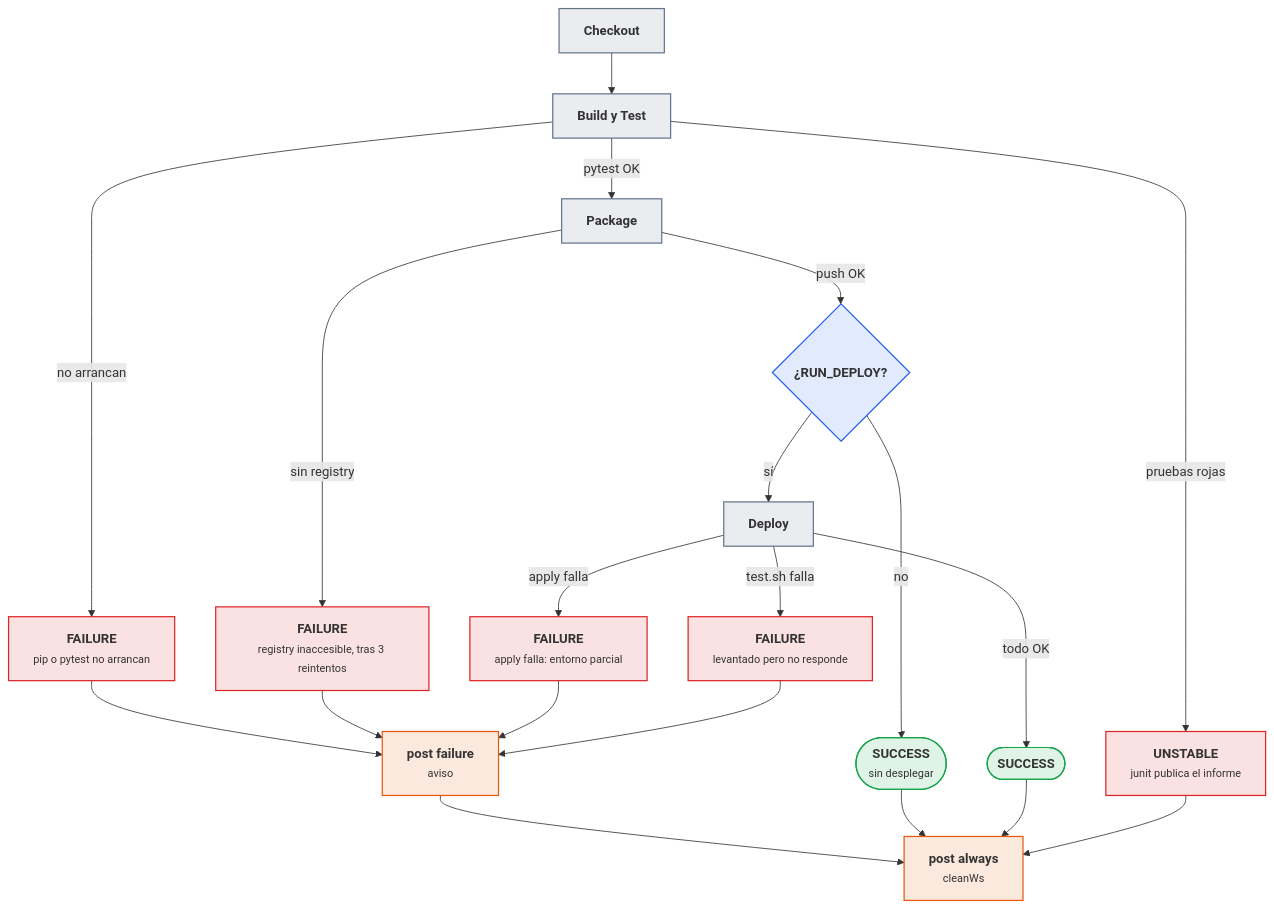
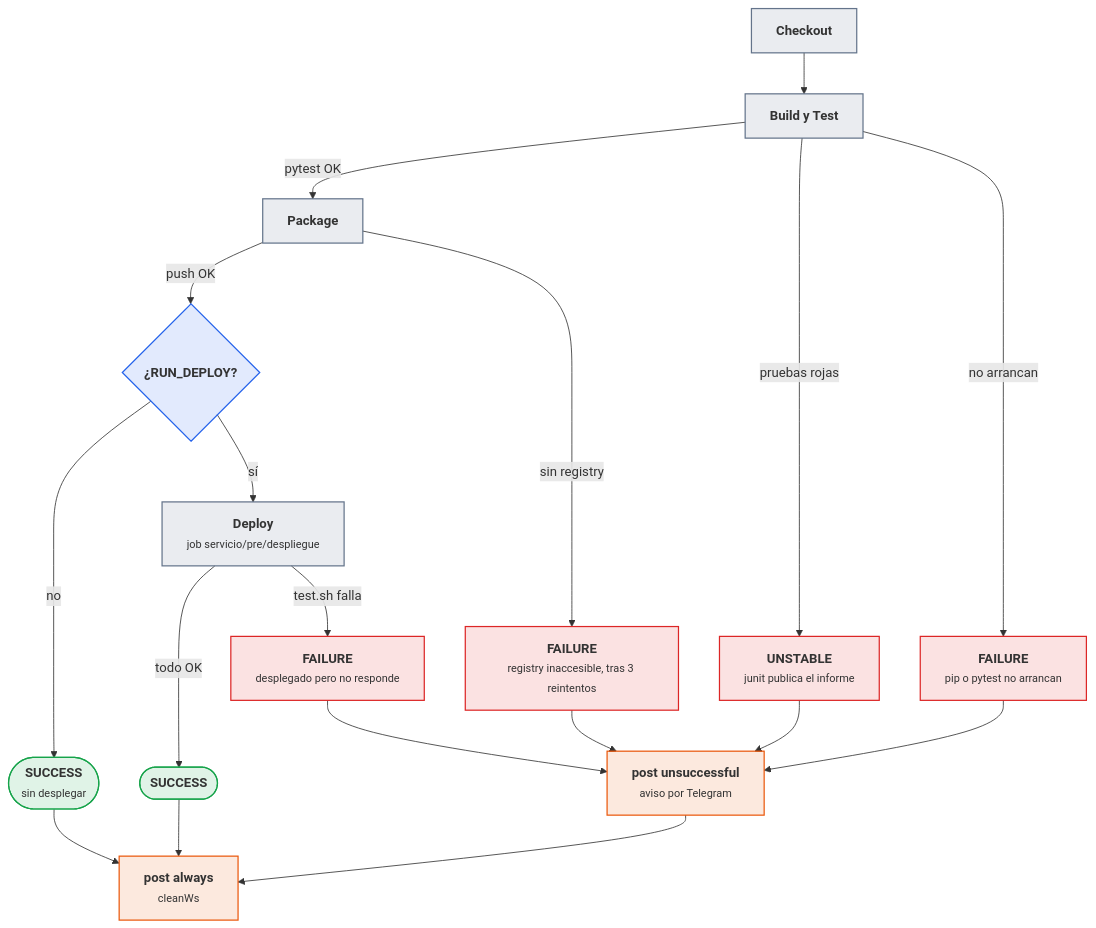
One commit to victor-educ/apuntes-5166 changed the fifth of 7 diagrams in docs/ut/ut6-ci.md. Above: the diagram before and after it, drawn with Mermaid. The commit also changed other lines of this file and 15 other files, not shown here.

````diff
--- a/docs/ut/ut6-ci.md
+++ b/docs/ut/ut6-ci.md
@@ -867,36 +971,34 @@
 ```mermaid
 flowchart TD
     CO["<b>Checkout</b>"]:::pieza
     BT["<b>Build y Test</b>"]:::pieza
     PK["<b>Package</b>"]:::pieza
     W{"<b>¿RUN_DEPLOY?</b>"}:::dato
-    DP["<b>Deploy</b>"]:::pieza
+    DP["<b>Deploy</b><br><small>job servicio/pre/despliegue</small>"]:::pieza
     UN["<b>UNSTABLE</b><br><small>junit publica el informe</small>"]:::riesgo
     F1["<b>FAILURE</b><br><small>pip o pytest no arrancan</small>"]:::riesgo
     F2["<b>FAILURE</b><br><small>registry inaccesible, tras 3 reintentos</small>"]:::riesgo
-    F3["<b>FAILURE</b><br><small>apply falla: entorno parcial</small>"]:::riesgo
-    F4["<b>FAILURE</b><br><small>levantado pero no responde</small>"]:::riesgo
+    F4["<b>FAILURE</b><br><small>desplegado pero no responde</small>"]:::riesgo
     OK1(["<b>SUCCESS</b><br><small>sin desplegar</small>"]):::ok
     OK2(["<b>SUCCESS</b>"]):::ok
-    P["<b>post failure</b><br><small>aviso</small>"]:::act
+    P["<b>post unsuccessful</b><br><small>aviso por Telegram</small>"]:::act
     C["<b>post always</b><br><small>cleanWs</small>"]:::act
     CO --> BT
     BT -->|pytest OK| PK
     BT -->|pruebas rojas| UN
     BT -->|no arrancan| F1
     PK -->|push OK| W
     PK -->|sin registry| F2
     W -->|no| OK1
     W -->|sí| DP
     DP -->|todo OK| OK2
-    DP -->|apply falla| F3
     DP -->|test.sh falla| F4
-    F1 & F2 & F3 & F4 --> P --> C
-    OK1 & OK2 & UN --> C
+    F1 & F2 & F4 & UN --> P --> C
+    OK1 & OK2 --> C
     classDef act fill:#ea580c22,stroke:#ea580c,stroke-width:1.5px
     classDef pieza fill:#64748b22,stroke:#64748b,stroke-width:1.5px
     classDef dato fill:#2563eb22,stroke:#2563eb,stroke-width:1.5px
     classDef infra fill:#a1a1aa14,stroke:#a1a1aa,stroke-width:1.5px
     classDef ok fill:#16a34a22,stroke:#16a34a,stroke-width:1.5px
     classDef riesgo fill:#dc262622,stroke:#dc2626,stroke-width:1.5px
 ```
````
